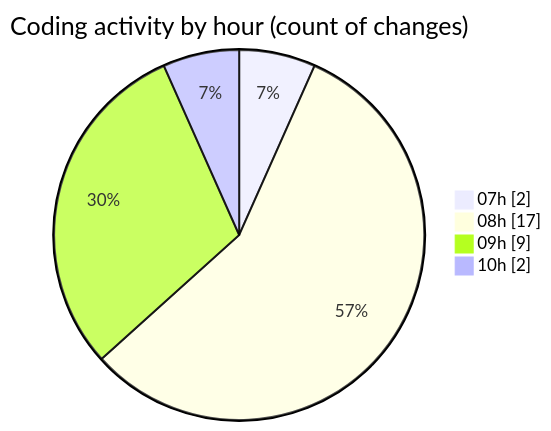
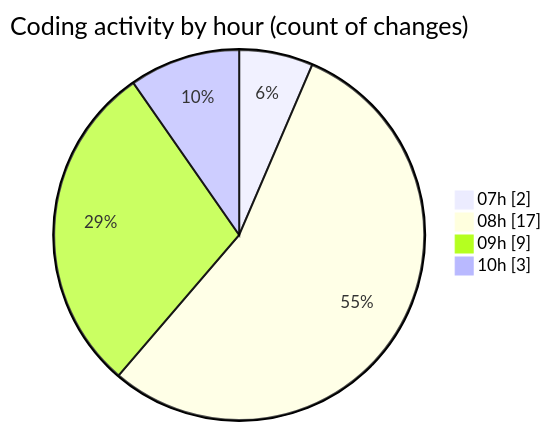
Before and after one commit to robertbonfada/code-tracking: the second of 2 diagrams in 2025-03-11/termonied_testador/README.md, drawn with Mermaid. The commit also changed other lines of this file and 1 other file, not shown here.

````diff
--- a/2025-03-11/termonied_testador/README.md
+++ b/2025-03-11/termonied_testador/README.md
@@ -38,8 +38,8 @@
 ```mermaid
 pie showData
 title Coding activity by hour (count of changes)
 "07h" : 2
 "08h" : 17
 "09h" : 9
-"10h" : 2
+"10h" : 3
 ```
````
